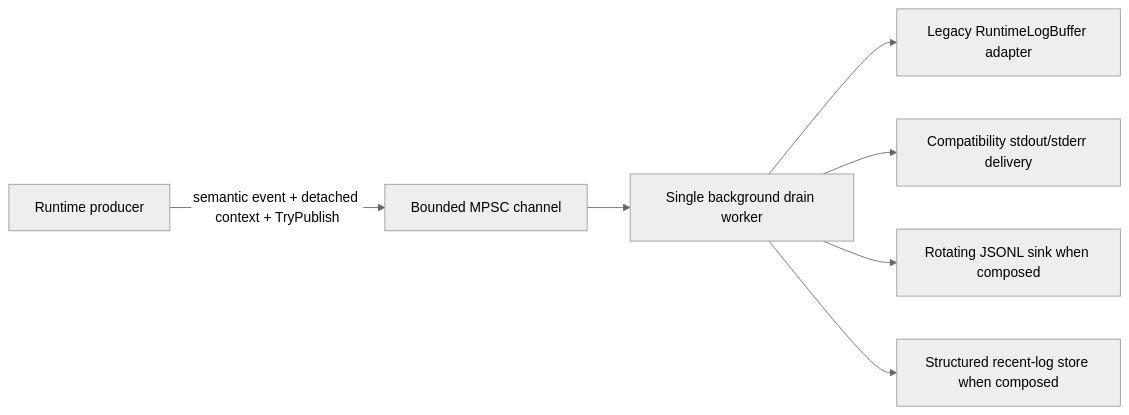
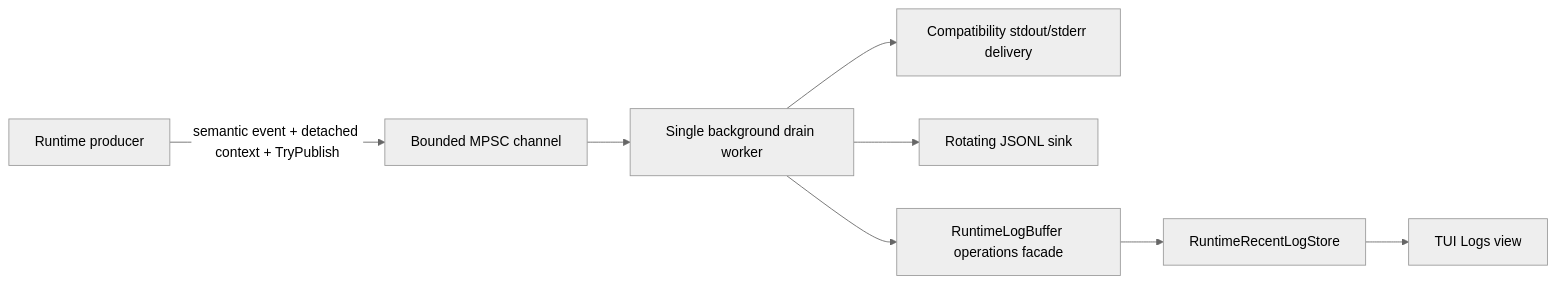
Before and after one commit to VegaKernel/TerraRuntime: the diagram in docs/en/observability-logging.md, drawn with Mermaid (neutral theme). The commit also changed other lines of this file and 8 other files, not shown here.

First line of the commit message:
Observability: consolidate recent logs and configure live sinks

````diff
--- a/docs/en/observability-logging.md
+++ b/docs/en/observability-logging.md
@@ -9,9 +9,10 @@
 ```mermaid
 graph LR
     P[Runtime producer] -->|semantic event + detached context + TryPublish| Q[Bounded MPSC channel]
     Q --> W[Single background drain worker]
-    W --> O[Legacy RuntimeLogBuffer adapter]
     W --> C[Compatibility stdout/stderr delivery]
-    W --> J[Rotating JSONL sink when composed]
-    W --> R[Structured recent-log store when composed]
+    W --> J[Rotating JSONL sink]
+    W --> O[RuntimeLogBuffer operations facade]
+    O --> R[RuntimeRecentLogStore]
+    R --> T[TUI Logs view]
 ```
````
